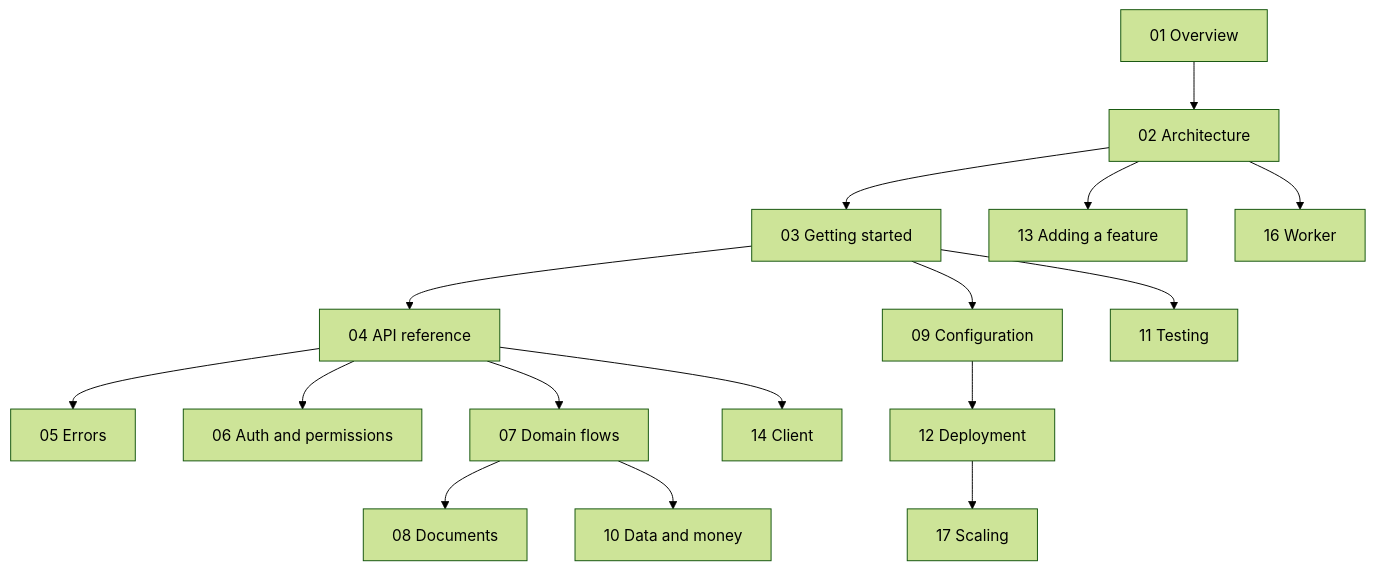
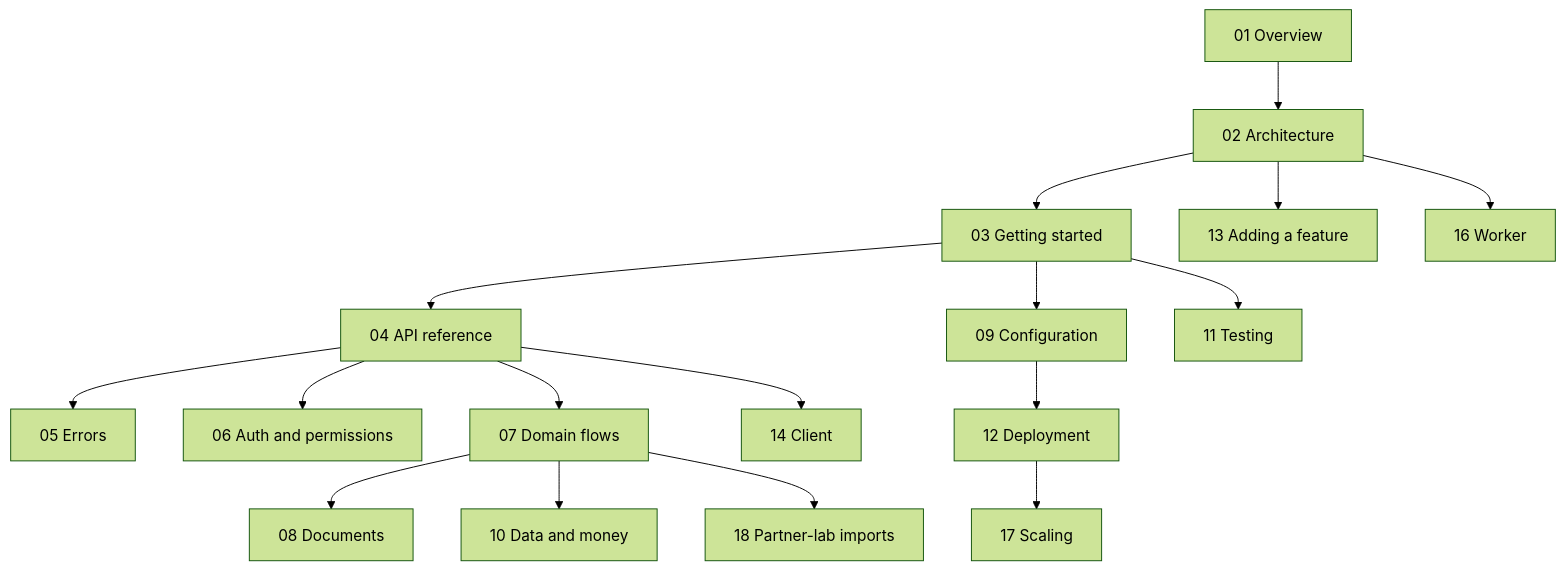
Before and after one commit to mgpl-diagnostics/api: the diagram in docs/README.md, drawn with Mermaid (forest theme). The commit also changed other lines of this file and 34 other files, not shown here.

First line of the commit message:
feat: import partner-lab reports (report-reader) (#23)

````diff
--- a/docs/README.md
+++ b/docs/README.md
@@ -5,18 +5,19 @@
 ```mermaid
 flowchart TD
   A["01 Overview"] --> B["02 Architecture"]
   B --> C["03 Getting started"]
   C --> D["04 API reference"]
   D --> E["05 Errors"]
   D --> F["06 Auth and permissions"]
   D --> G["07 Domain flows"]
   G --> H["08 Documents"]
   C --> I["09 Configuration"]
   G --> J["10 Data and money"]
   C --> K["11 Testing"]
   I --> L["12 Deployment"]
   B --> M["13 Adding a feature"]
   D --> N["14 Client"]
   B --> O["16 Worker"]
   L --> P["17 Scaling"]
+  G --> Q["18 Partner-lab imports"]
 ```
````
